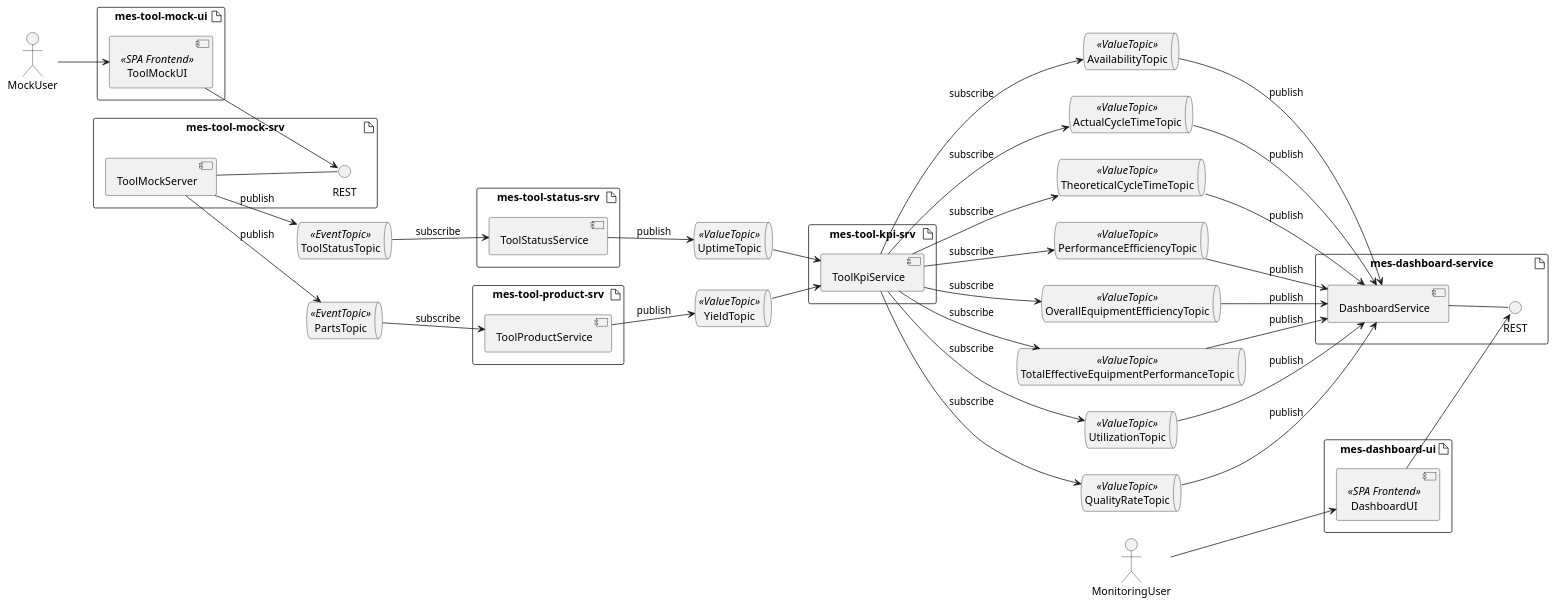
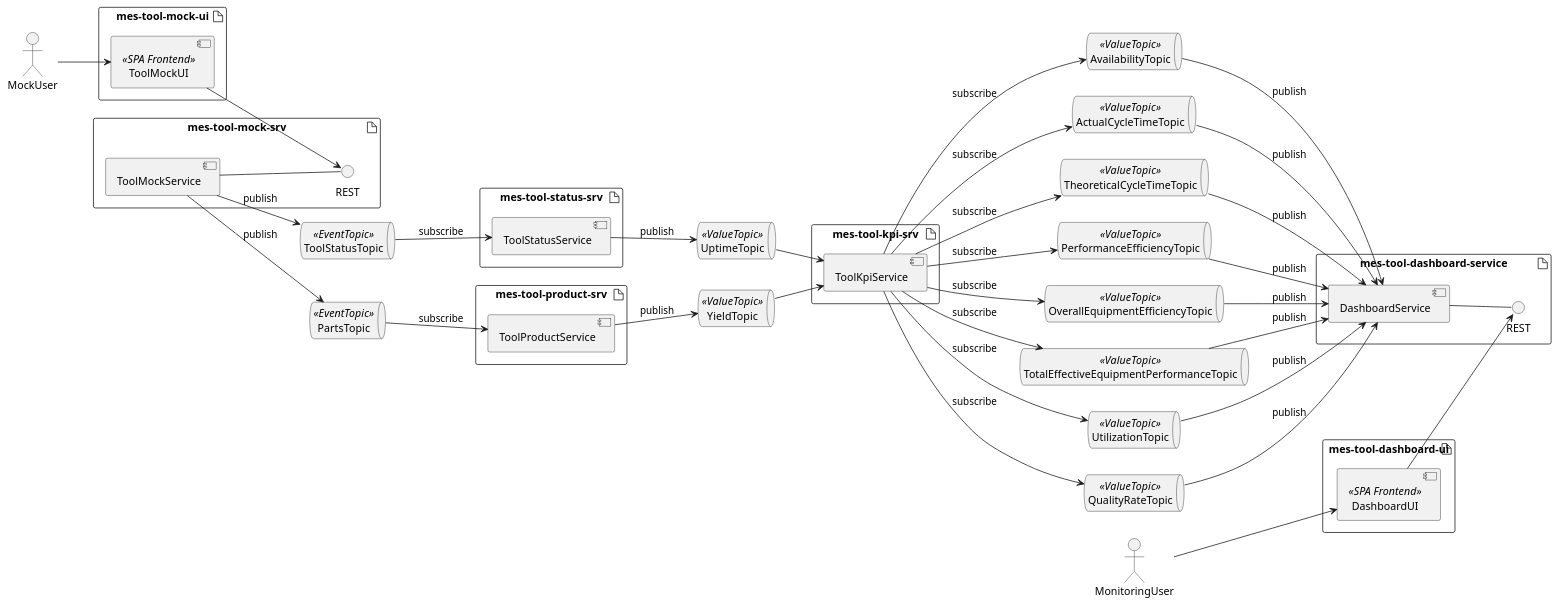
Before and after one commit to onouv/mes-tool-mock-srv: the diagram in doc/domain/deployment.puml, drawn with PlantUML. The commit also changed 1 other file, not shown here.

```diff
--- a/doc/domain/deployment.puml
+++ b/doc/domain/deployment.puml
@@ -1,92 +1,92 @@
 @startuml
 left to right direction
 
 artifact "mes-tool-mock-ui" {
     component ToolMockUI <<SPA Frontend>>
 
 }
 
 artifact "mes-tool-mock-srv" {
-    component ToolMockServer
+    component ToolMockService
     interface REST as rest2
-    ToolMockServer -- rest2
+    ToolMockService -- rest2
 }
 
 actor MockUser
 
 queue ToolStatusTopic <<EventTopic>>
 queue PartsTopic <<EventTopic>>
 queue UptimeTopic <<ValueTopic>>
 queue YieldTopic <<ValueTopic>>
 
 artifact "mes-tool-status-srv" {
     component ToolStatusService
 }
 
 artifact "mes-tool-product-srv" {
     component ToolProductService
 }
 
 artifact "mes-tool-kpi-srv" {
     component ToolKpiService
 }
 
-artifact "mes-dashboard-service" {
+artifact "mes-tool-dashboard-service" {
     component DashboardService
 
     interface REST as rest3
     DashboardService -- rest3
 }
 
-artifact "mes-dashboard-ui" {
+artifact "mes-tool-dashboard-ui" {
     component DashboardUI <<SPA Frontend>>
 }
 
 actor MonitoringUser
 
 queue AvailabilityTopic <<ValueTopic>>
 queue ActualCycleTimeTopic <<ValueTopic>>
 queue TheoreticalCycleTimeTopic <<ValueTopic>>
 queue PerformanceEfficiencyTopic <<ValueTopic>>
 queue OverallEquipmentEfficiencyTopic <<ValueTopic>>
 queue TotalEffectiveEquipmentPerformanceTopic <<ValueTopic>>
 queue UtilizationTopic <<ValueTopic>>
 queue QualityRateTopic <<ValueTopic>>
 
 MockUser --> ToolMockUI
 ToolMockUI --> rest2
 
-ToolMockServer --> ToolStatusTopic: publish
-ToolMockServer --> PartsTopic: publish
+ToolMockService --> ToolStatusTopic: publish
+ToolMockService --> PartsTopic: publish
 
 ToolProductService --> YieldTopic: publish
 PartsTopic --> ToolProductService: subscribe
 
 ToolStatusService --> UptimeTopic: publish
 ToolStatusTopic --> ToolStatusService: subscribe
 
 UptimeTopic --> ToolKpiService
 YieldTopic --> ToolKpiService
 
 ToolKpiService --> AvailabilityTopic: subscribe
 ToolKpiService --> ActualCycleTimeTopic: subscribe
 ToolKpiService --> TheoreticalCycleTimeTopic: subscribe
 ToolKpiService --> PerformanceEfficiencyTopic: subscribe
 ToolKpiService --> OverallEquipmentEfficiencyTopic: subscribe
 ToolKpiService --> TotalEffectiveEquipmentPerformanceTopic: subscribe
 ToolKpiService --> UtilizationTopic: subscribe
 ToolKpiService --> QualityRateTopic: subscribe
 
 AvailabilityTopic --> DashboardService: publish
 ActualCycleTimeTopic --> DashboardService: publish
 TheoreticalCycleTimeTopic --> DashboardService: publish
 PerformanceEfficiencyTopic --> DashboardService: publish
 OverallEquipmentEfficiencyTopic --> DashboardService: publish
 TotalEffectiveEquipmentPerformanceTopic --> DashboardService: publish
 UtilizationTopic --> DashboardService: publish
 QualityRateTopic --> DashboardService: publish
 
 DashboardUI --> rest3
 MonitoringUser --> DashboardUI
 
 @enduml
```
